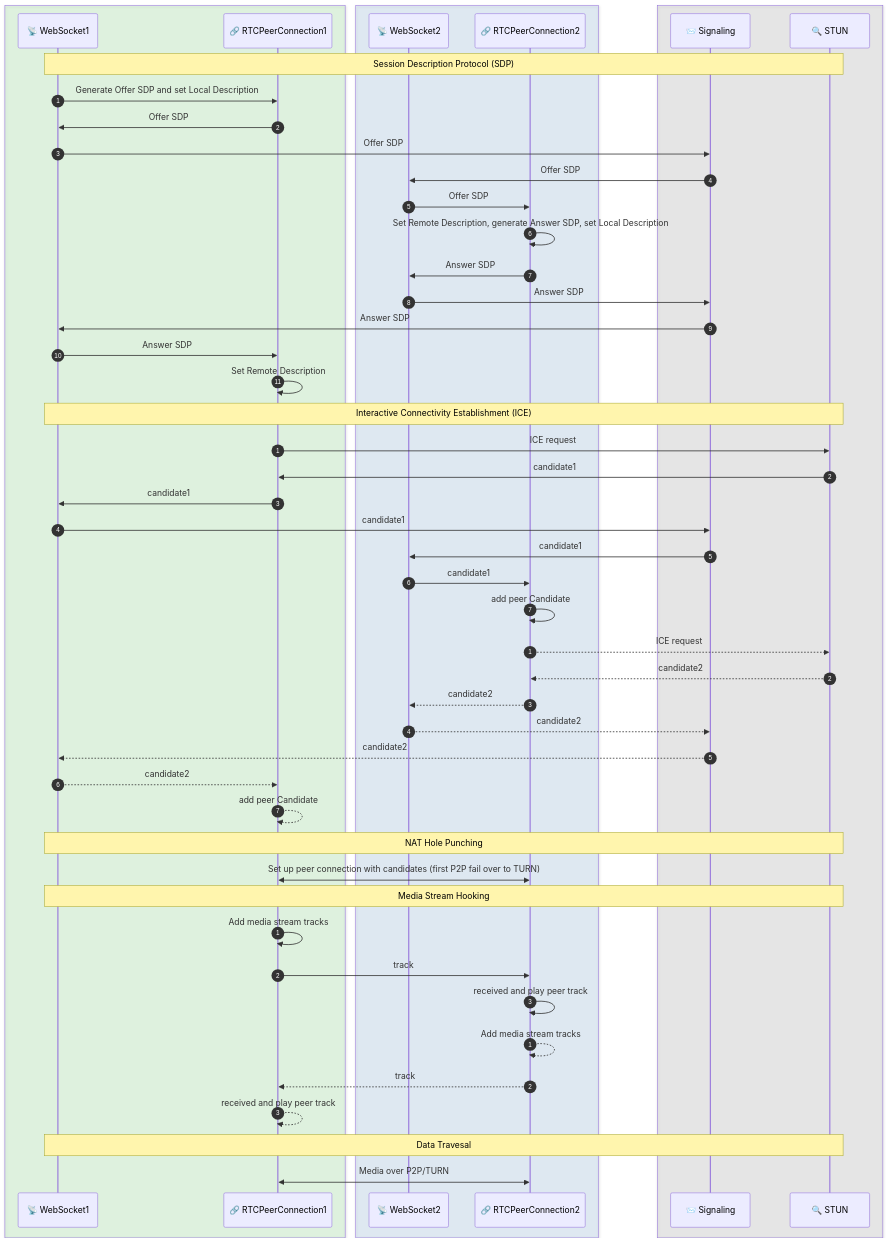
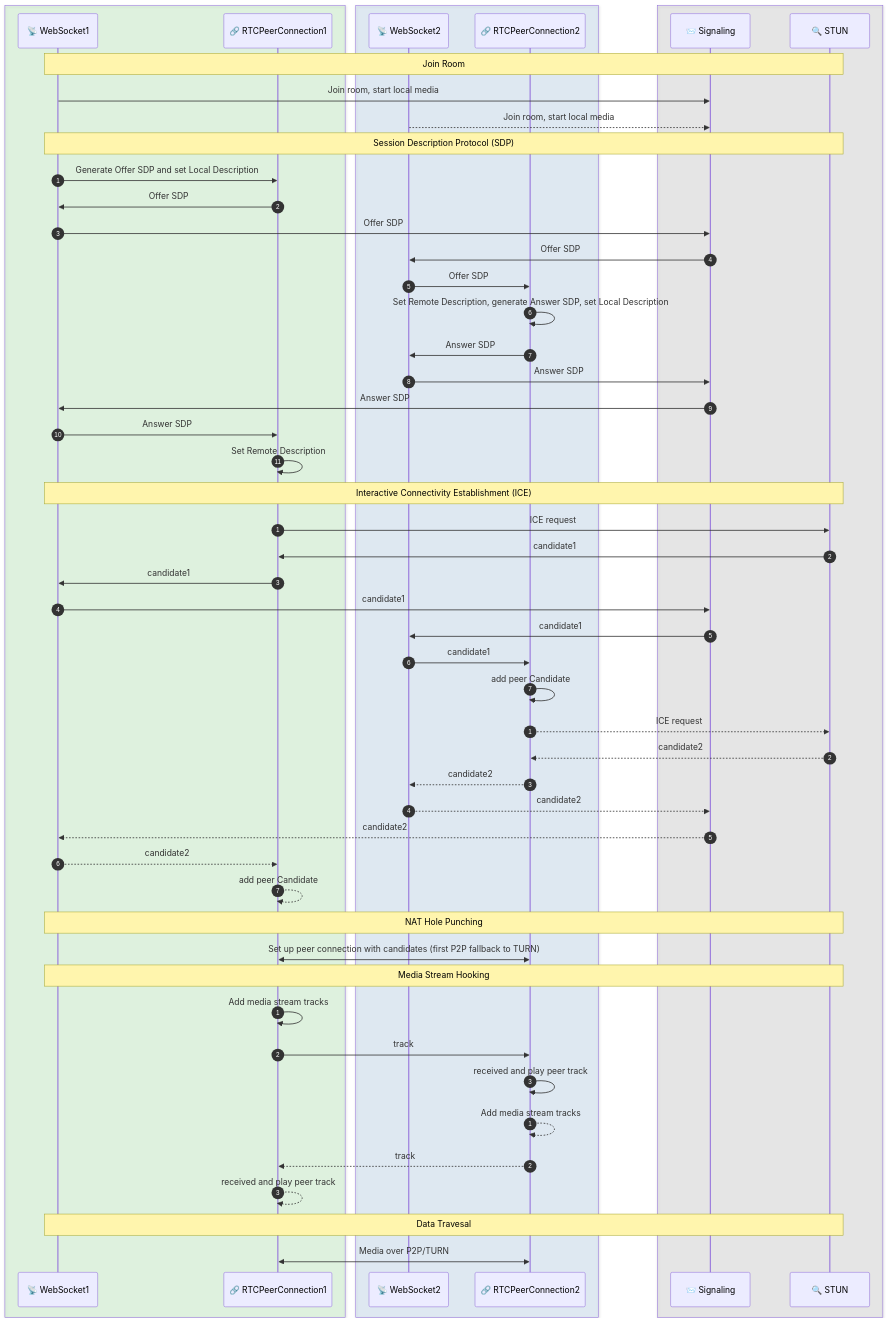
One commit to techunder/posts changed the second of 2 diagrams in content/docs/10-rtc-intro/03-webrtc.md. Above: the diagram before and after it, drawn with Mermaid. The commit also changed other lines of this file, not shown here.

````diff
--- a/content/docs/10-rtc-intro/03-webrtc.md
+++ b/content/docs/10-rtc-intro/03-webrtc.md
@@ -93,67 +93,72 @@
 ```mermaid
 sequenceDiagram
     box rgba(144, 238, 144, 0.2)
     participant ws1 as 📡 WebSocket1
     participant peerconn1 as 🔗 RTCPeerConnection1
     end
     box rgba(144, 196, 238, 0.2)
     participant ws2 as 📡 WebSocket2
     participant peerconn2 as 🔗 RTCPeerConnection2
     end
     box rgba(180, 180, 180, 0.2)
     participant sig as 📨 Signaling
     participant stun as 🔍 STUN
     end
+
+    Note over ws1,stun: Join Room
+    autonumber off
+    ws1->>sig: Join room, start local media
+    ws2-->>sig: Join room, start local media
 
     Note over ws1,stun: Session Description Protocol (SDP)
     autonumber 1
     ws1->>peerconn1: Generate Offer SDP and set Local Description
     peerconn1->>ws1: Offer SDP
     ws1->>sig: Offer SDP
     sig->>ws2: Offer SDP
     ws2->>peerconn2: Offer SDP
     peerconn2->>peerconn2: Set Remote Description, generate Answer SDP, set Local Description
     peerconn2->>ws2: Answer SDP
     ws2->>sig: Answer SDP
     sig->>ws1: Answer SDP
     ws1->>peerconn1: Answer SDP
     peerconn1->>peerconn1: Set Remote Description
 
     Note over ws1,stun: Interactive Connectivity Establishment (ICE)
     autonumber 1
     peerconn1->>stun: ICE request
     stun->>peerconn1: candidate1
     peerconn1->>ws1: candidate1
     ws1->>sig: candidate1
     sig->>ws2: candidate1
     ws2->>peerconn2: candidate1
     peerconn2->>peerconn2: add peer Candidate
 
     autonumber 1
     peerconn2-->>stun: ICE request
     stun-->>peerconn2: candidate2
     peerconn2-->>ws2: candidate2
     ws2-->>sig: candidate2
     sig-->>ws1: candidate2
     ws1-->>peerconn1: candidate2
     peerconn1-->>peerconn1: add peer Candidate
 
     Note over ws1,stun: NAT Hole Punching
     autonumber off
-    peerconn1<<->>peerconn2: Set up peer connection with candidates (first P2P fail over to TURN)
+    peerconn1<<->>peerconn2: Set up peer connection with candidates (first P2P fallback to TURN)
 
     Note over ws1,stun: Media Stream Hooking
     autonumber 1
     peerconn1->>peerconn1: Add media stream tracks
     peerconn1->>peerconn2: track
     peerconn2->>peerconn2: received and play peer track
 
     autonumber 1
     peerconn2-->>peerconn2: Add media stream tracks
     peerconn2-->>peerconn1: track
     peerconn1-->>peerconn1: received and play peer track
 
     Note over ws1,stun: Data Travesal
     autonumber off
     peerconn1<<->>peerconn2: Media over P2P/TURN
 ```
````
